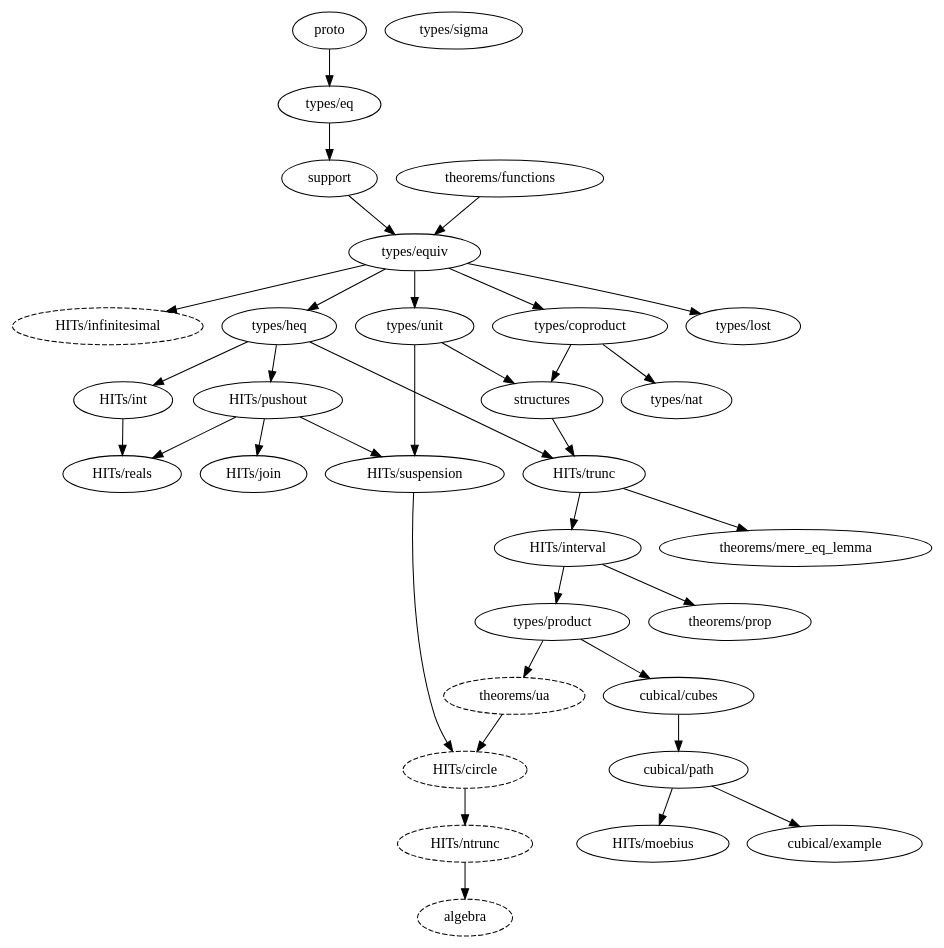
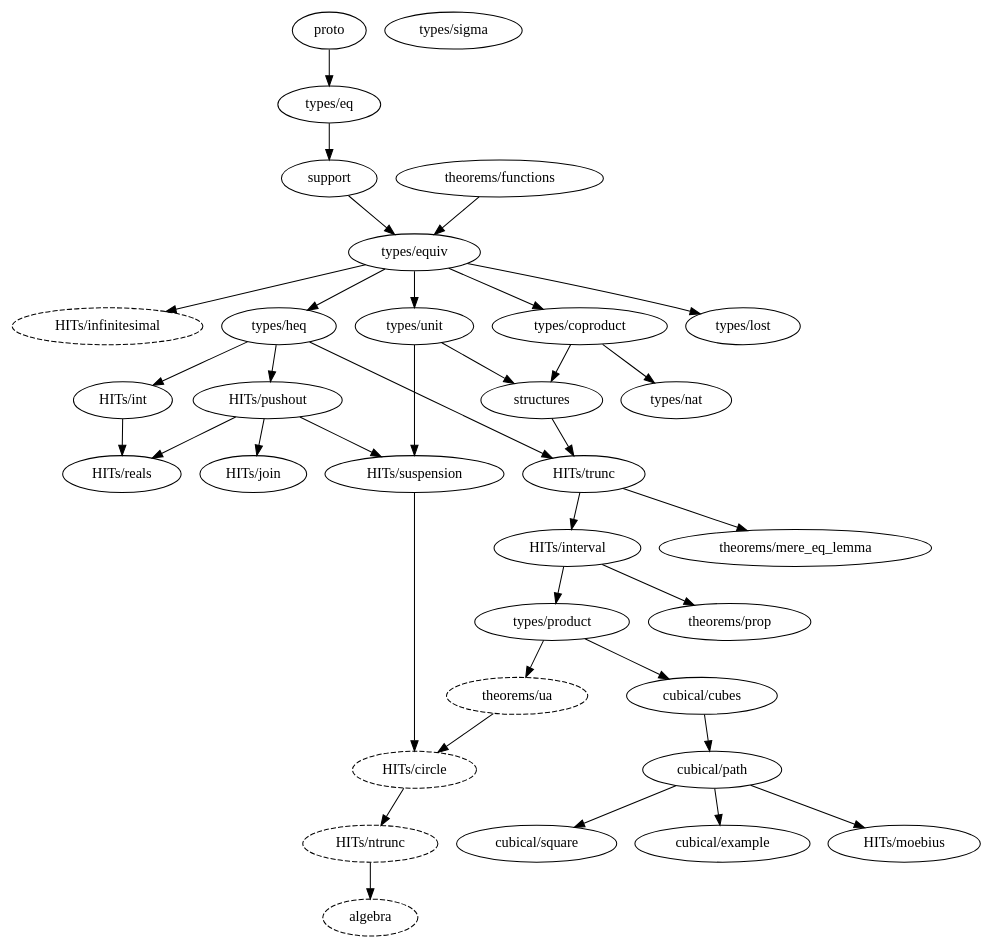
The diagram in dependency_map.gv (forked-from-1kasper/ground_zero), drawn with Graphviz before and after one commit. The commit also changed 3 other files, not shown here.

```diff
--- a/dependency_map.gv
+++ b/dependency_map.gv
@@ -1,68 +1,69 @@
 digraph dependency_map {
   proto -> "types/eq"
 
   algebra [style=dashed]
   "HITs/ntrunc" -> algebra
 
   "HITs/circle" [style=dashed]
   "HITs/suspension" -> "HITs/circle"
   "theorems/ua" -> "HITs/circle"
 
   "HITs/infinitesimal" [style=dashed]
   "types/equiv" -> "HITs/infinitesimal"
 
   "types/equiv" -> "types/coproduct"
 
   "types/product" -> "cubical/cubes"
   "cubical/cubes" -> "cubical/path"
+  "cubical/path" -> "cubical/square"
   "cubical/path" -> "cubical/example"
 
   "types/equiv" -> "types/heq"
 
   support -> "types/equiv"
   "theorems/functions" -> "types/equiv"
 
   "types/heq" -> "HITs/int"
 
   "HITs/trunc" -> "HITs/interval"
 
   "HITs/pushout" -> "HITs/join"
 
   "cubical/path" -> "HITs/moebius"
 
   "HITs/trunc" -> "theorems/mere_eq_lemma"
 
   "HITs/ntrunc" [style=dashed]
   "HITs/circle" -> "HITs/ntrunc"
 
   "HITs/interval" -> "types/product"
 
   "HITs/interval" -> "theorems/prop"
 
   "types/heq" -> "HITs/pushout"
 
   "HITs/pushout" -> "HITs/reals"
   "HITs/int" -> "HITs/reals"
 
   "types/unit" -> structures
   "types/coproduct" -> structures
 
   "types/eq" -> support
 
   "HITs/pushout" -> "HITs/suspension"
   "types/unit" -> "HITs/suspension"
 
   structures -> "HITs/trunc"
   "types/heq" -> "HITs/trunc"
 
   "theorems/ua" [style=dashed]
   "types/product" -> "theorems/ua"
 
   "types/equiv" -> "types/unit"
 
   "types/coproduct" -> "types/nat"
 
   "types/equiv" -> "types/lost"
 
   "types/sigma"
 }
```
